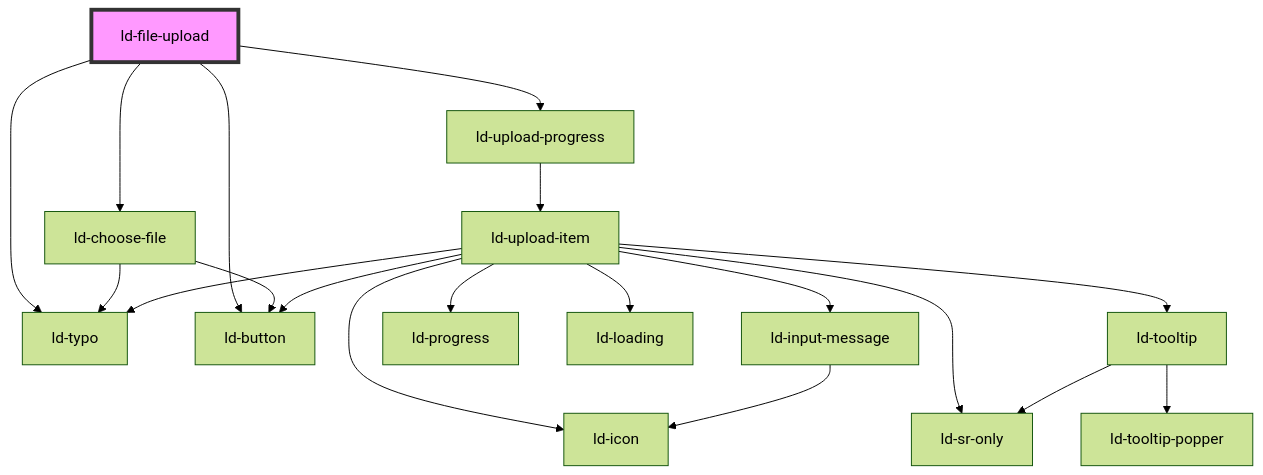
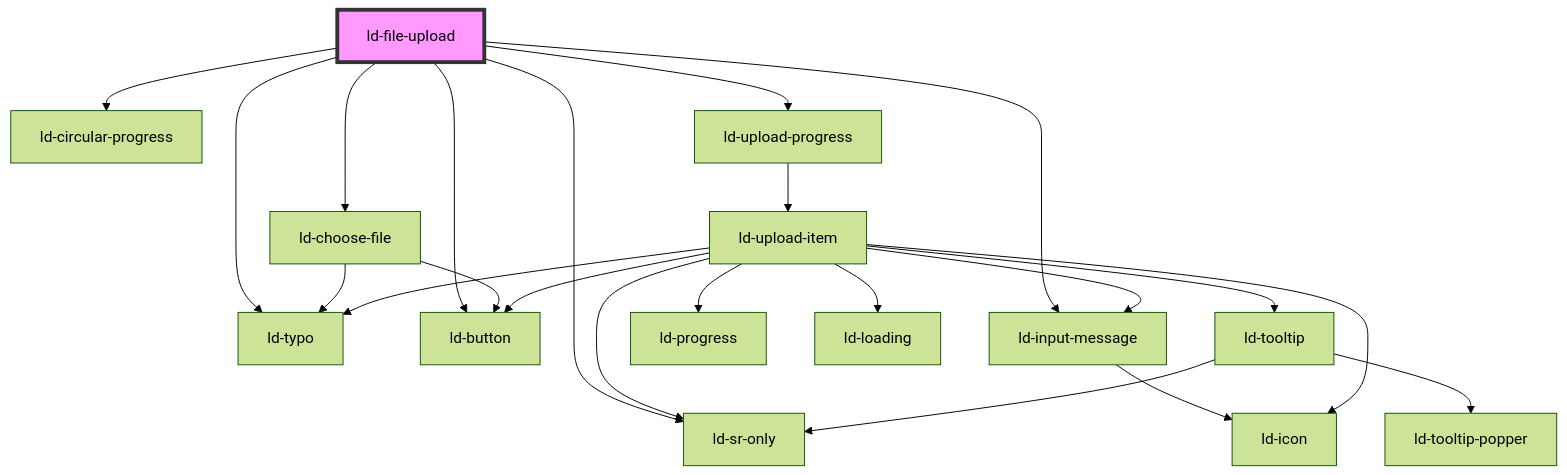
The diagram in src/liquid/components/ld-file-upload/readme.md (emdgroup-liquid/liquid), drawn with Mermaid (forest theme) before and after one commit. The commit also changed other lines of this file and 11 other files, not shown here.

Commit message:
feat(ld-file-upload): add circular progress mode

````diff
--- a/src/liquid/components/ld-file-upload/readme.md
+++ b/src/liquid/components/ld-file-upload/readme.md
@@ -961,22 +1062,25 @@
 ```mermaid
 graph TD;
   ld-file-upload --> ld-choose-file
+  ld-file-upload --> ld-sr-only
+  ld-file-upload --> ld-circular-progress
   ld-file-upload --> ld-typo
+  ld-file-upload --> ld-button
+  ld-file-upload --> ld-input-message
   ld-file-upload --> ld-upload-progress
-  ld-file-upload --> ld-button
   ld-choose-file --> ld-typo
   ld-choose-file --> ld-button
+  ld-input-message --> ld-icon
   ld-upload-progress --> ld-upload-item
   ld-upload-item --> ld-icon
   ld-upload-item --> ld-typo
   ld-upload-item --> ld-tooltip
   ld-upload-item --> ld-button
   ld-upload-item --> ld-sr-only
   ld-upload-item --> ld-progress
   ld-upload-item --> ld-loading
   ld-upload-item --> ld-input-message
   ld-tooltip --> ld-sr-only
   ld-tooltip --> ld-tooltip-popper
-  ld-input-message --> ld-icon
   style ld-file-upload fill:#f9f,stroke:#333,stroke-width:4px
 ```
````
